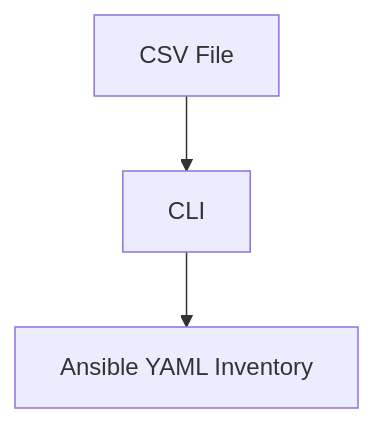
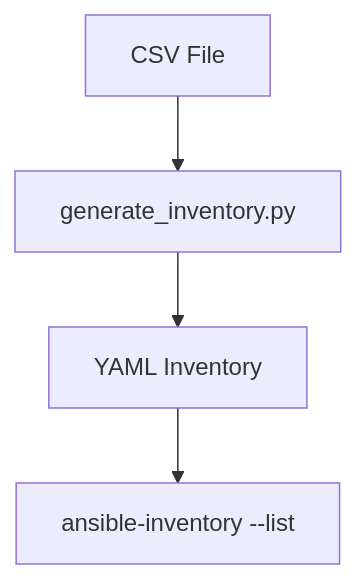
One commit to koelewijnit/ansible-inventory changed the diagram in docs/index.md. Above: the diagram before and after it, drawn with Mermaid. The commit also changed other lines of this file and 9 other files, not shown here.

````diff
--- a/docs/index.md
+++ b/docs/index.md
@@ -19,5 +28,6 @@
 ```mermaid
 flowchart TD
-    A[CSV File] --> B[CLI]
-    B --> C[Ansible YAML Inventory]
+    A[CSV File] --> B[generate_inventory.py]
+    B --> C[YAML Inventory]
+    C --> D[ansible-inventory --list]
 ```
````
